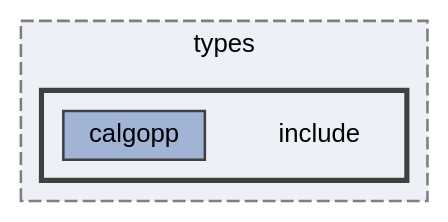
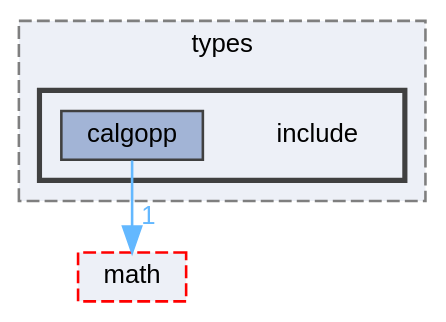
One commit to pawelekg95/algopp changed the diagram in dir_1c1ae0f5fde477941555af178d897ffb_dep.dot. Above: the diagram before and after it, drawn with Graphviz. The commit also changed 136 other files, not shown here.

```diff
--- a/dir_1c1ae0f5fde477941555af178d897ffb_dep.dot
+++ b/dir_1c1ae0f5fde477941555af178d897ffb_dep.dot
@@ -1,16 +1,18 @@
 digraph "lib/types/include"
 {
  // LATEX_PDF_SIZE
   bgcolor="transparent";
   edge [fontname=Helvetica,fontsize=10,labelfontname=Helvetica,labelfontsize=10];
   node [fontname=Helvetica,fontsize=10,shape=box,height=0.2,width=0.4];
   compound=true
   subgraph clusterdir_560694f03ee5bf1136d79e4f1ca1ca37 {
     graph [ bgcolor="#edf0f7", pencolor="grey50", label="types", fontname=Helvetica,fontsize=10 style="filled,dashed", URL="dir_560694f03ee5bf1136d79e4f1ca1ca37.html",tooltip=""]
   subgraph clusterdir_1c1ae0f5fde477941555af178d897ffb {
     graph [ bgcolor="#edf0f7", pencolor="grey25", label="", fontname=Helvetica,fontsize=10 style="filled,bold", URL="dir_1c1ae0f5fde477941555af178d897ffb.html",tooltip=""]
     dir_1c1ae0f5fde477941555af178d897ffb [shape=plaintext, label="include"];
   dir_cf277c2d25ca4bf20c5e5c22db337edc [label="calgopp", fillcolor="#a2b4d6", color="grey25", style="filled", URL="dir_cf277c2d25ca4bf20c5e5c22db337edc.html",tooltip=""];
   }
   }
+  dir_a36354df93aef5eec904487b77fa4fab [label="math", fillcolor="#edf0f7", color="red", style="filled,dashed", URL="dir_a36354df93aef5eec904487b77fa4fab.html",tooltip=""];
+  dir_cf277c2d25ca4bf20c5e5c22db337edc->dir_a36354df93aef5eec904487b77fa4fab [headlabel="1", labeldistance=1.5 headhref="dir_000005_000011.html" color="steelblue1" fontcolor="steelblue1"];
 }
```
